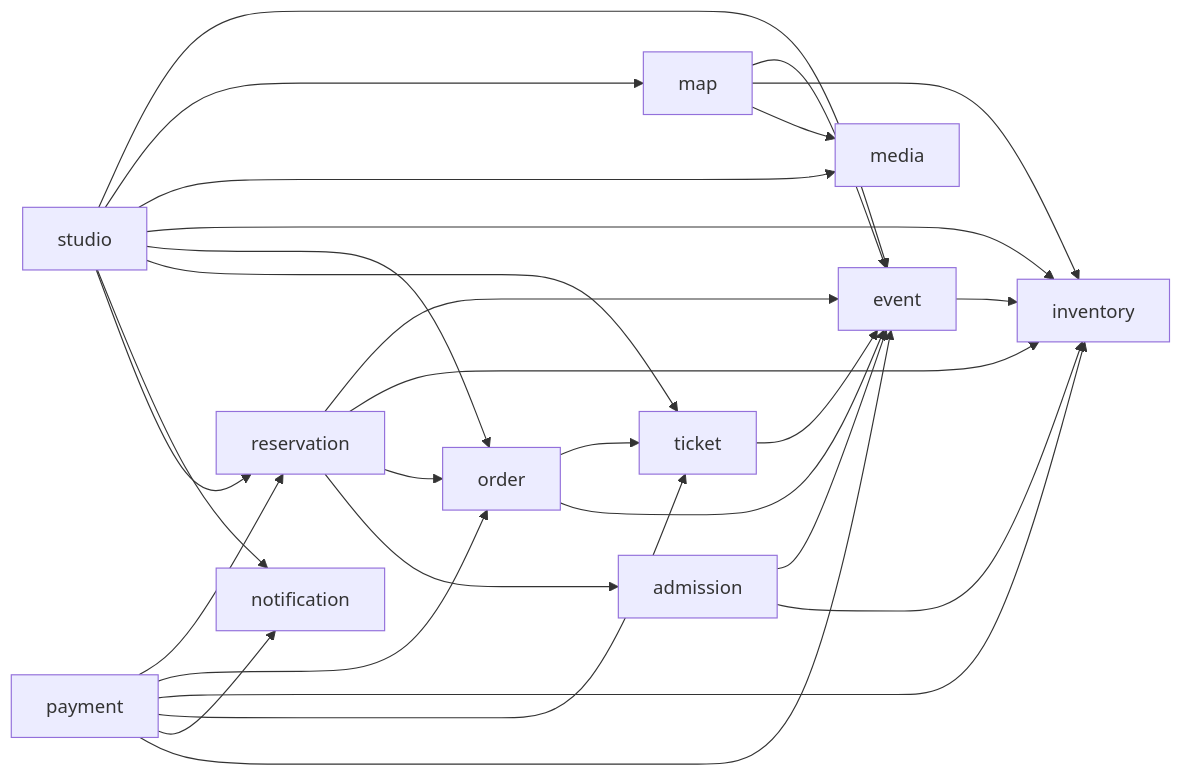
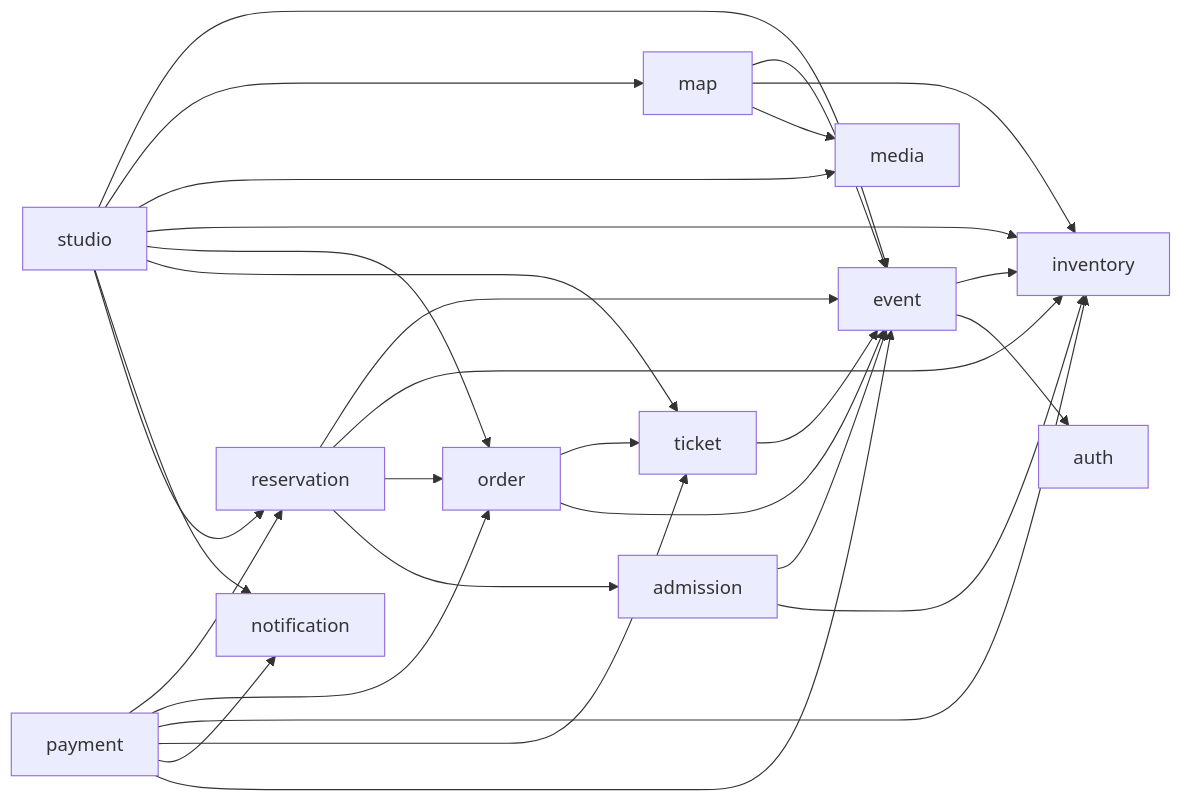
Before and after one commit to ninggiangboy/ticket-booking: the third of 4 diagrams in docs/03-architecture/system-context-and-containers.md, drawn with Mermaid. The commit also changed other lines of this file and 38 other files, not shown here.

````diff
--- a/docs/03-architecture/system-context-and-containers.md
+++ b/docs/03-architecture/system-context-and-containers.md
@@ -126,30 +126,31 @@
 ```mermaid
 flowchart LR
     studio --> event
     studio --> map
     studio --> media
     studio --> inventory
     studio --> order
     studio --> ticket
     studio --> notification
     studio --> reservation
     payment --> reservation
     payment --> order
     payment --> inventory
     payment --> ticket
     payment --> notification
     payment --> event
     reservation --> event
     reservation --> inventory
     reservation --> order
     reservation --> admission
     order --> ticket
     order --> event
     ticket --> event
     map --> event
     map --> inventory
     map --> media
     admission --> event
     admission --> inventory
     event --> inventory
+    event --> auth
 ```
````
